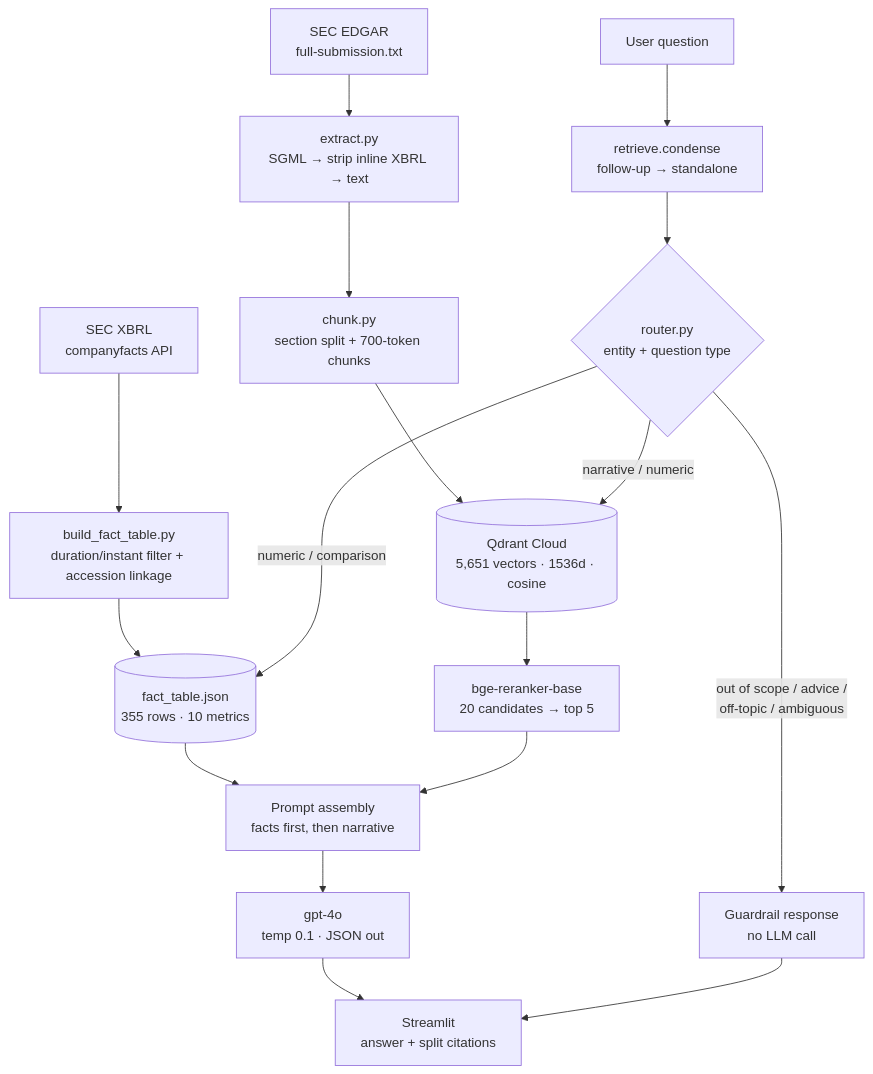
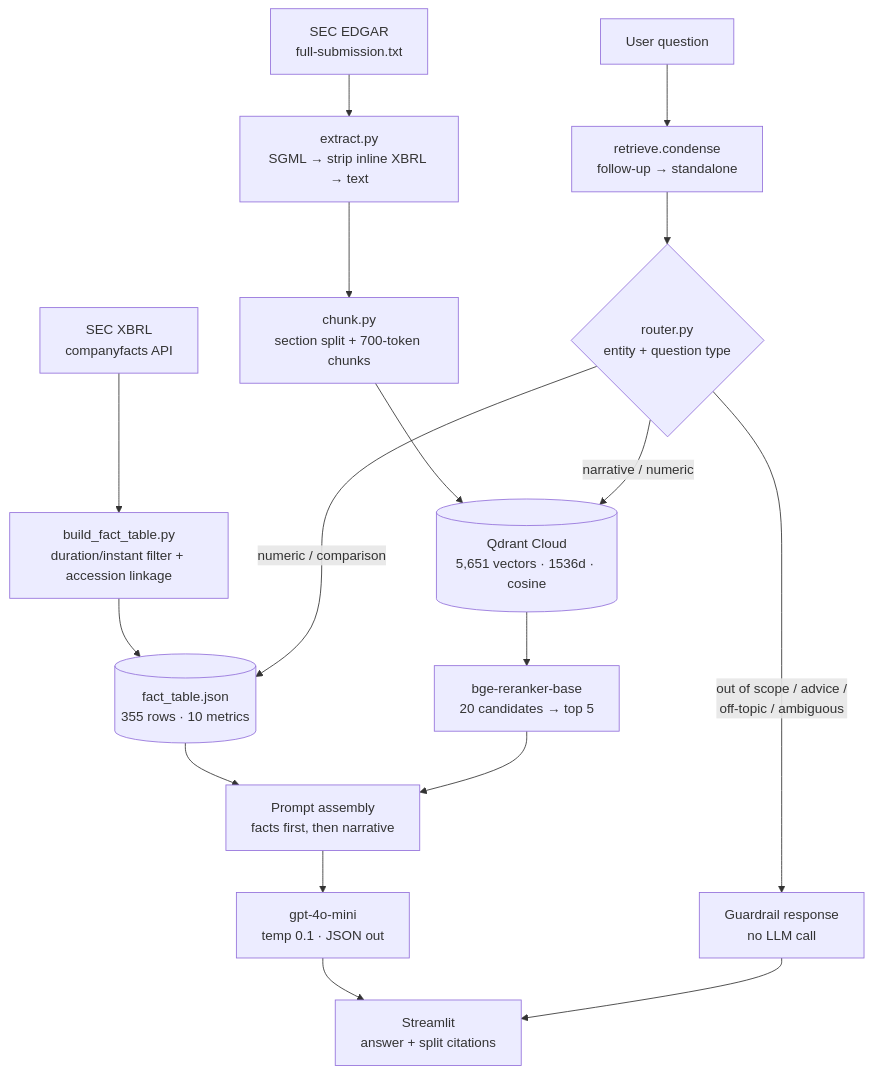
The diagram in README.md (farvezz/sec-10k-rag-assistant), drawn with Mermaid before and after one commit. The commit also changed other lines of this file and 10 other files, not shown here.

First line of the commit message:
Switch generation to gpt-4o-mini, document the UI, add demo screenshots

````diff
--- a/README.md
+++ b/README.md
@@ -18,20 +20,20 @@
 ```mermaid
 flowchart TD
     A[SEC EDGAR<br/>full-submission.txt] --> B[extract.py<br/>SGML → strip inline XBRL → text]
     B --> C[chunk.py<br/>section split + 700-token chunks]
     C --> D[(Qdrant Cloud<br/>5,651 vectors · 1536d · cosine)]
     E[SEC XBRL<br/>companyfacts API] --> F[build_fact_table.py<br/>duration/instant filter + accession linkage]
     F --> G[(fact_table.json<br/>355 rows · 10 metrics)]
 
     Q[User question] --> H[retrieve.condense<br/>follow-up → standalone]
     H --> I{router.py<br/>entity + question type}
     I -->|out of scope / advice /<br/>off-topic / ambiguous| Z[Guardrail response<br/>no LLM call]
     I -->|numeric / comparison| G
     I -->|narrative / numeric| D
     D --> J[bge-reranker-base<br/>20 candidates → top 5]
     G --> K[Prompt assembly<br/>facts first, then narrative]
     J --> K
-    K --> L[gpt-4o<br/>temp 0.1 · JSON out]
+    K --> L[gpt-4o-mini<br/>temp 0.1 · JSON out]
     L --> M[Streamlit<br/>answer + split citations]
     Z --> M
 ```
````
